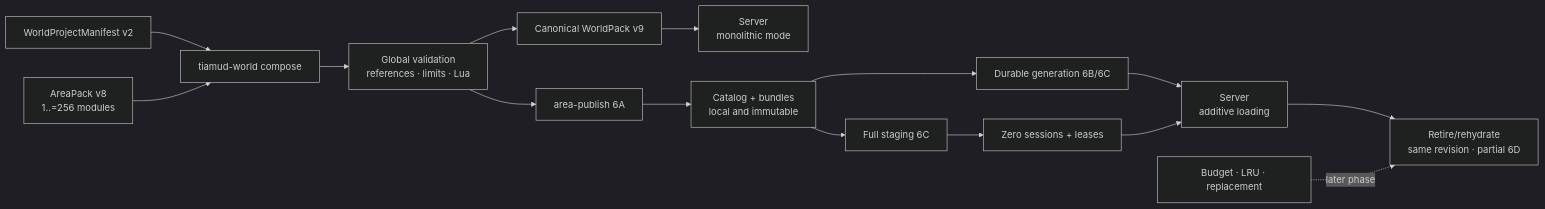
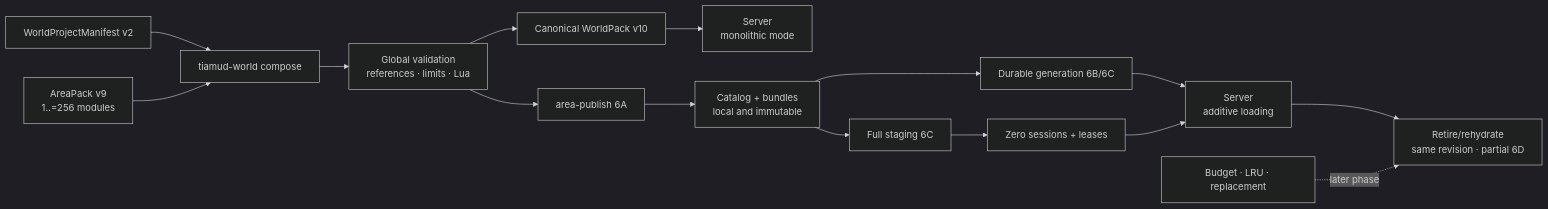
The first of 2 diagrams in docs/world-authoring.md (hyukudan/tiamud), drawn with Mermaid (dark theme) before and after one commit. The commit also changed other lines of this file and 10 other files, not shown here.

First line of the commit message:
docs: ADR 0032 (proposed) and WorldPack v10 quests/shops records

````diff
--- a/docs/world-authoring.md
+++ b/docs/world-authoring.md
@@ -39,20 +39,20 @@
 ```mermaid
 flowchart LR
     accTitle: Tiamud monolithic flow and local generations
     accDescr: Areas are composed and validated offline. The server picks the full WorldPack or a durable local generation, incorporates bundles on demand, and can replace only the whole generation while quiescent.
 
     Project[WorldProjectManifest v2] --> Compose[tiamud-world compose]
-    Areas[AreaPack v8<br/>1..=256 modules] --> Compose
+    Areas[AreaPack v9<br/>1..=256 modules] --> Compose
     Compose --> Validate[Global validation<br/>references · limits · Lua]
-    Validate --> Artifact[Canonical WorldPack v9]
+    Validate --> Artifact[Canonical WorldPack v10]
     Artifact --> Monolithic[Server<br/>monolithic mode]
     Validate --> Publish[area-publish 6A]
     Publish --> Catalog[Catalog + bundles<br/>local and immutable]
     Catalog --> Durable[Durable generation 6B/6C]
     Durable --> Server[Server<br/>additive loading]
     Catalog --> Stage[Full staging 6C]
     Stage --> Quiet[Zero sessions + leases]
     Quiet --> Server
     Server --> Partial6D[Retire/rehydrate<br/>same revision · partial 6D]
     Future[Budget · LRU · replacement] -. later phase .-> Partial6D
 ```
````
